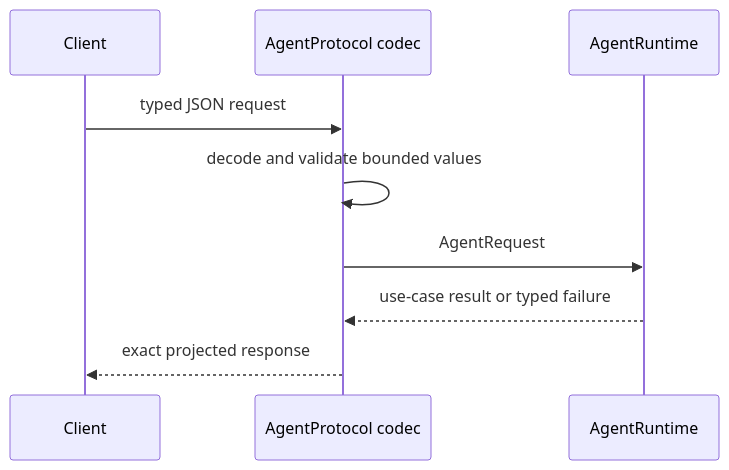
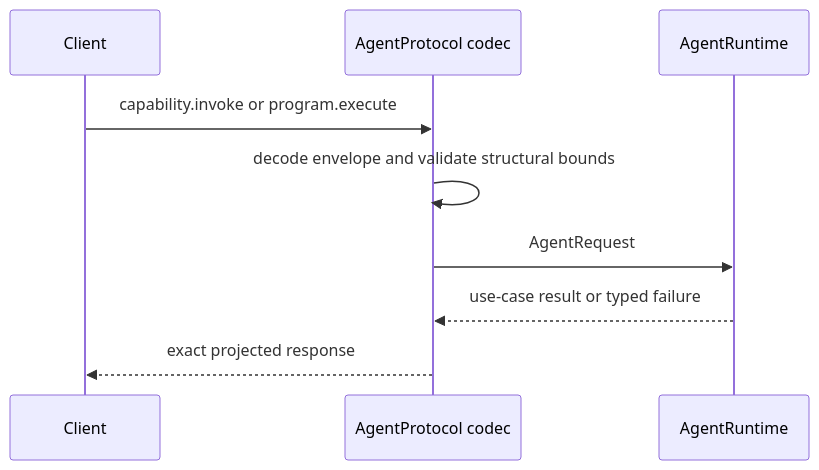
The second of 2 diagrams in RupaKit/Sources/RupaAgentProtocol/DESIGN.md (1amageek/Rupa), drawn with Mermaid before and after one commit. The commit also changed other lines of this file and 17 other files, not shown here.

````diff
--- a/RupaKit/Sources/RupaAgentProtocol/DESIGN.md
+++ b/RupaKit/Sources/RupaAgentProtocol/DESIGN.md
@@ -105,11 +156,11 @@
 ```mermaid
 sequenceDiagram
     participant C as Client
     participant P as AgentProtocol codec
     participant R as AgentRuntime
-    C->>P: typed JSON request
-    P->>P: decode and validate bounded values
+    C->>P: capability.invoke or program.execute
+    P->>P: decode envelope and validate structural bounds
     P->>R: AgentRequest
     R-->>P: use-case result or typed failure
     P-->>C: exact projected response
 ```
````
